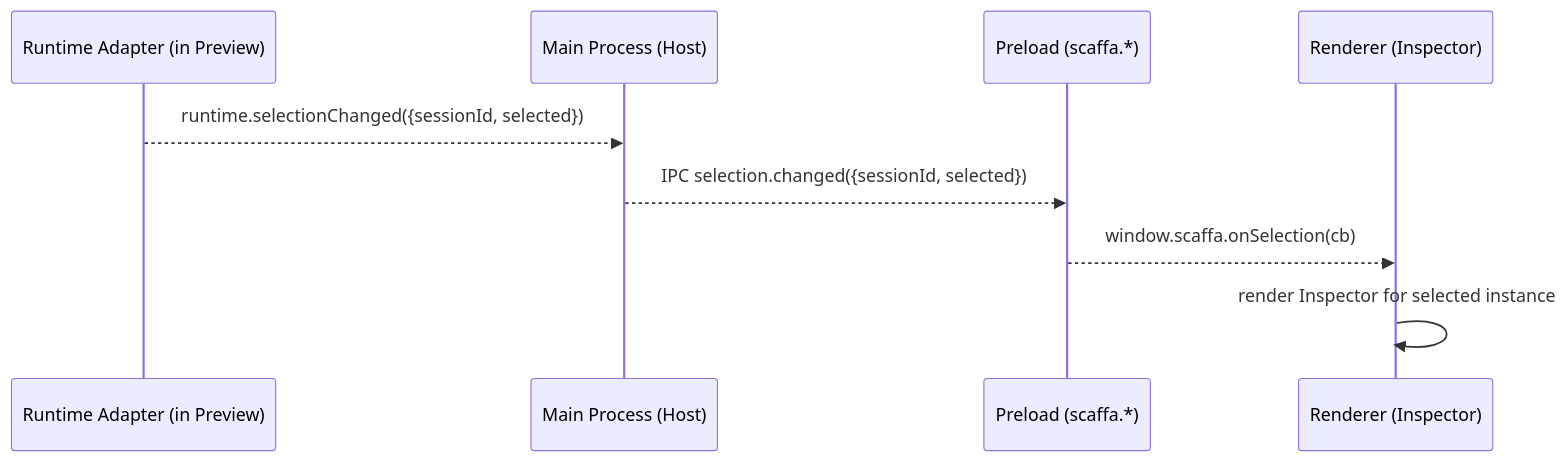
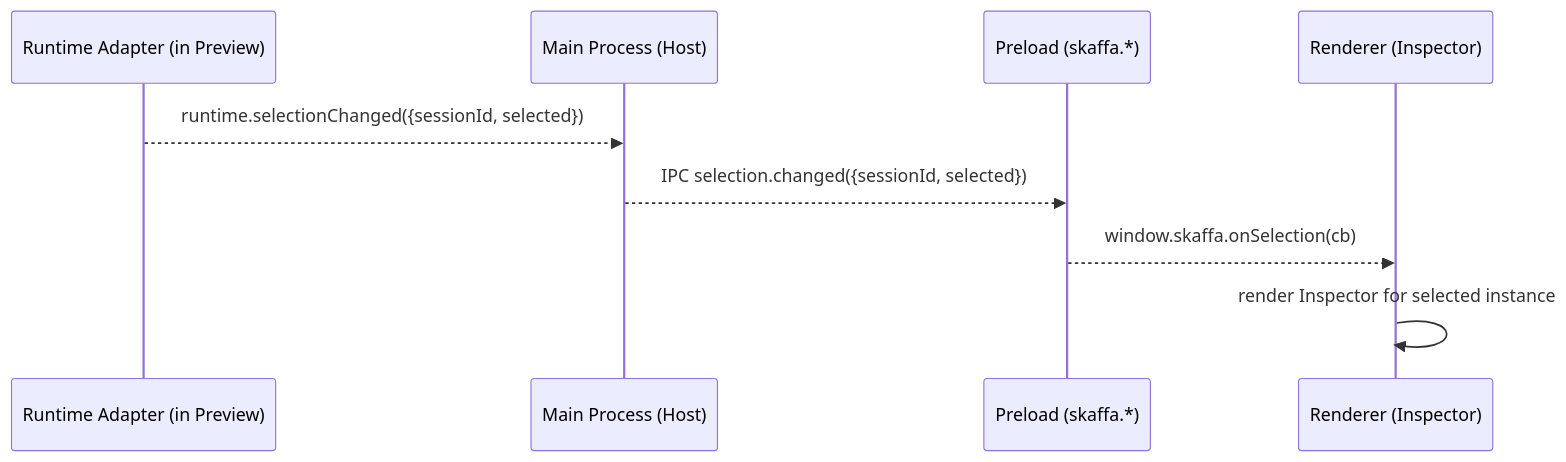
The second of 7 diagrams in docs/skaffa_ipc_boundaries_and_sequences.md (majtom2grndctrl/scaffa), drawn with Mermaid before and after one commit. The commit also changed other lines of this file and 171 other files, not shown here.

Commit message:
Scaffa -> Skaffa

````diff
--- a/docs/skaffa_ipc_boundaries_and_sequences.md
+++ b/docs/skaffa_ipc_boundaries_and_sequences.md
@@ -64,12 +64,12 @@
 ```mermaid
 sequenceDiagram
   participant RT as Runtime Adapter (in Preview)
   participant Main as Main Process (Host)
-  participant PL as Preload (scaffa.*)
+  participant PL as Preload (skaffa.*)
   participant UI as Renderer (Inspector)
 
   RT-->>Main: runtime.selectionChanged({sessionId, selected})
   Main-->>PL: IPC selection.changed({sessionId, selected})
-  PL-->>UI: window.scaffa.onSelection(cb)
+  PL-->>UI: window.skaffa.onSelection(cb)
   UI->>UI: render Inspector for selected instance
 ```
````
